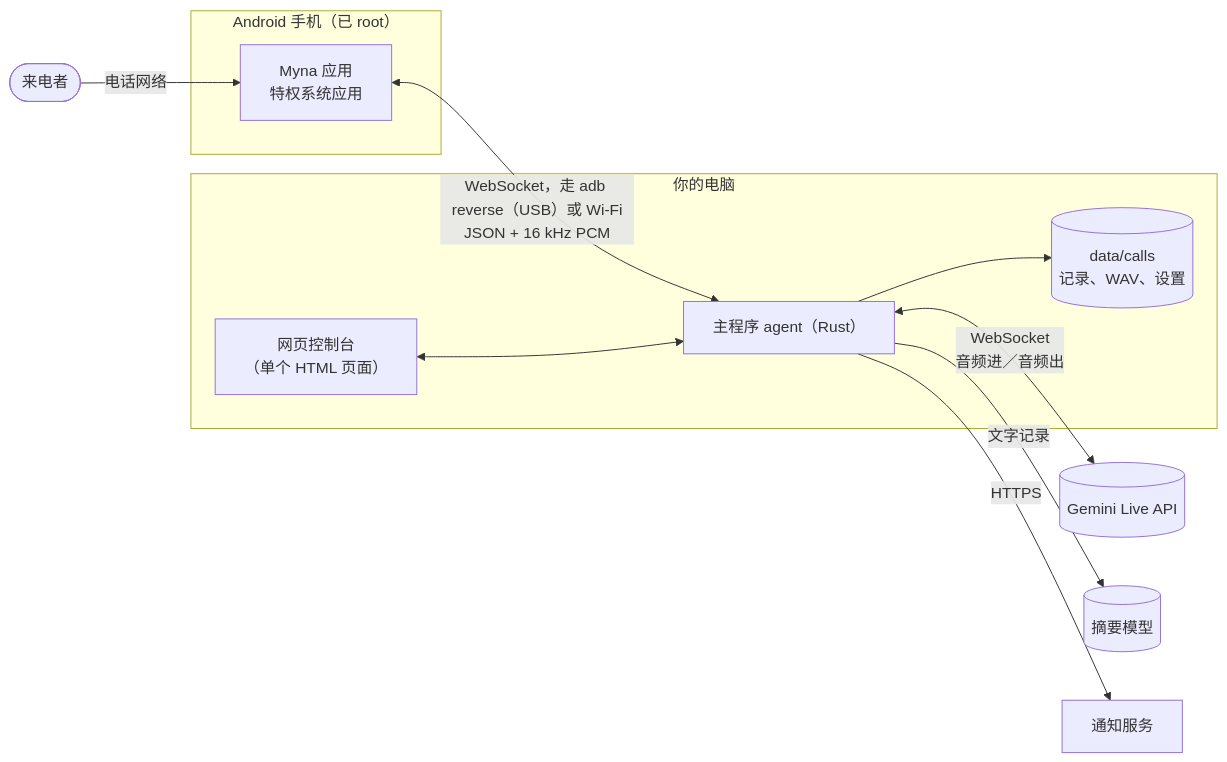
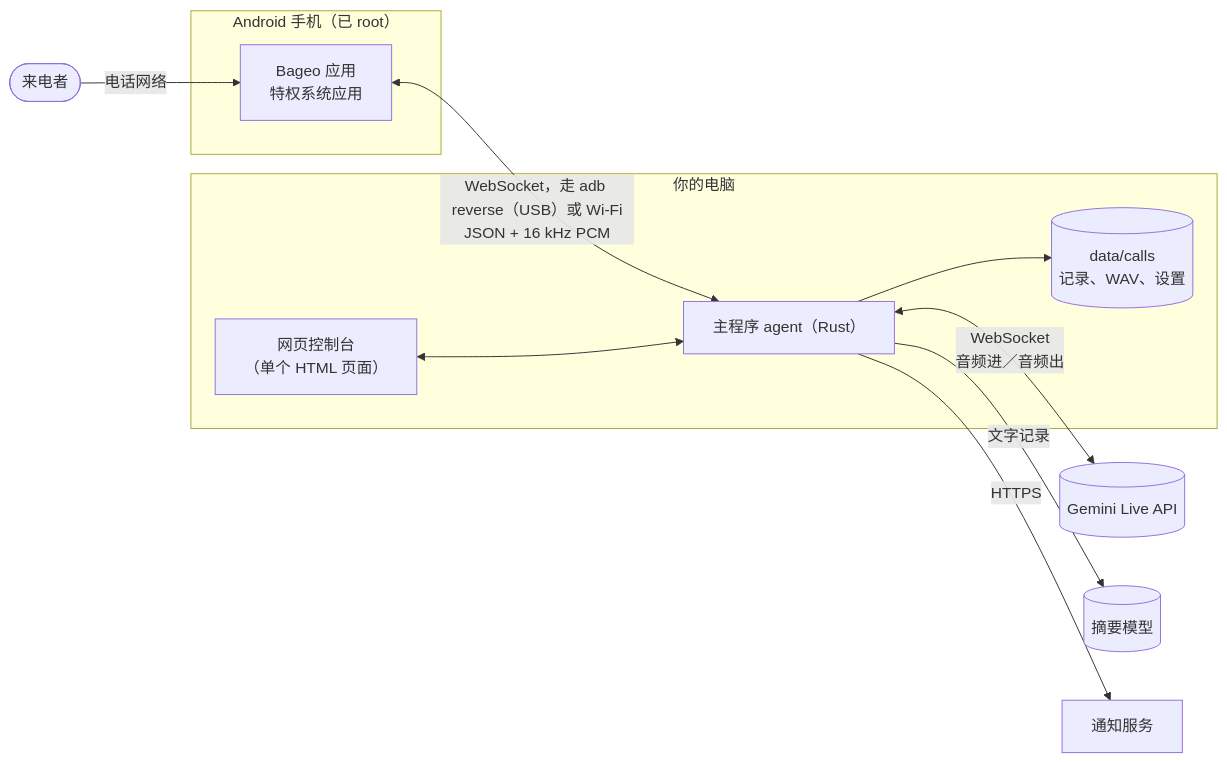
The diagram in docs/zh-CN/ARCHITECTURE.md (h4lo-void/bageo-call), drawn with Mermaid before and after one commit. The commit also changed 82 other files, not shown here.

````diff
--- a/docs/zh-CN/ARCHITECTURE.md
+++ b/docs/zh-CN/ARCHITECTURE.md
@@ -3,18 +3,18 @@
 ```mermaid
 flowchart LR
     subgraph phone["Android 手机（已 root）"]
-        app["Myna 应用<br/>特权系统应用"]
+        app["Bageo 应用<br/>特权系统应用"]
     end
     subgraph pc["你的电脑"]
         agent["主程序 agent（Rust）"]
         data[("data/calls<br/>记录、WAV、设置")]
         ui["网页控制台<br/>（单个 HTML 页面）"]
     end
     caller(["来电者"]) -- "电话网络" --> app
     app <-- "WebSocket，走 adb reverse（USB）或 Wi-Fi<br/>JSON + 16 kHz PCM" --> agent
     agent <-- "WebSocket<br/>音频进／音频出" --> gemini[(Gemini Live API)]
     agent -- "文字记录" --> llm[("摘要模型")]
     agent --> data
     ui <--> agent
     agent -- "HTTPS" --> notify["通知服务"]
 ```
````
